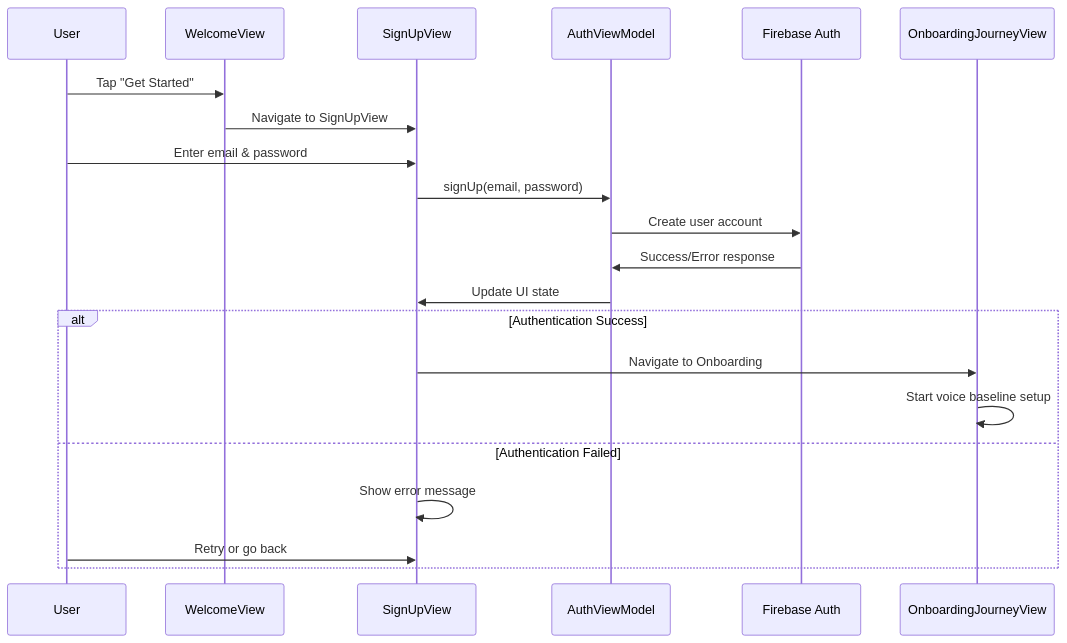
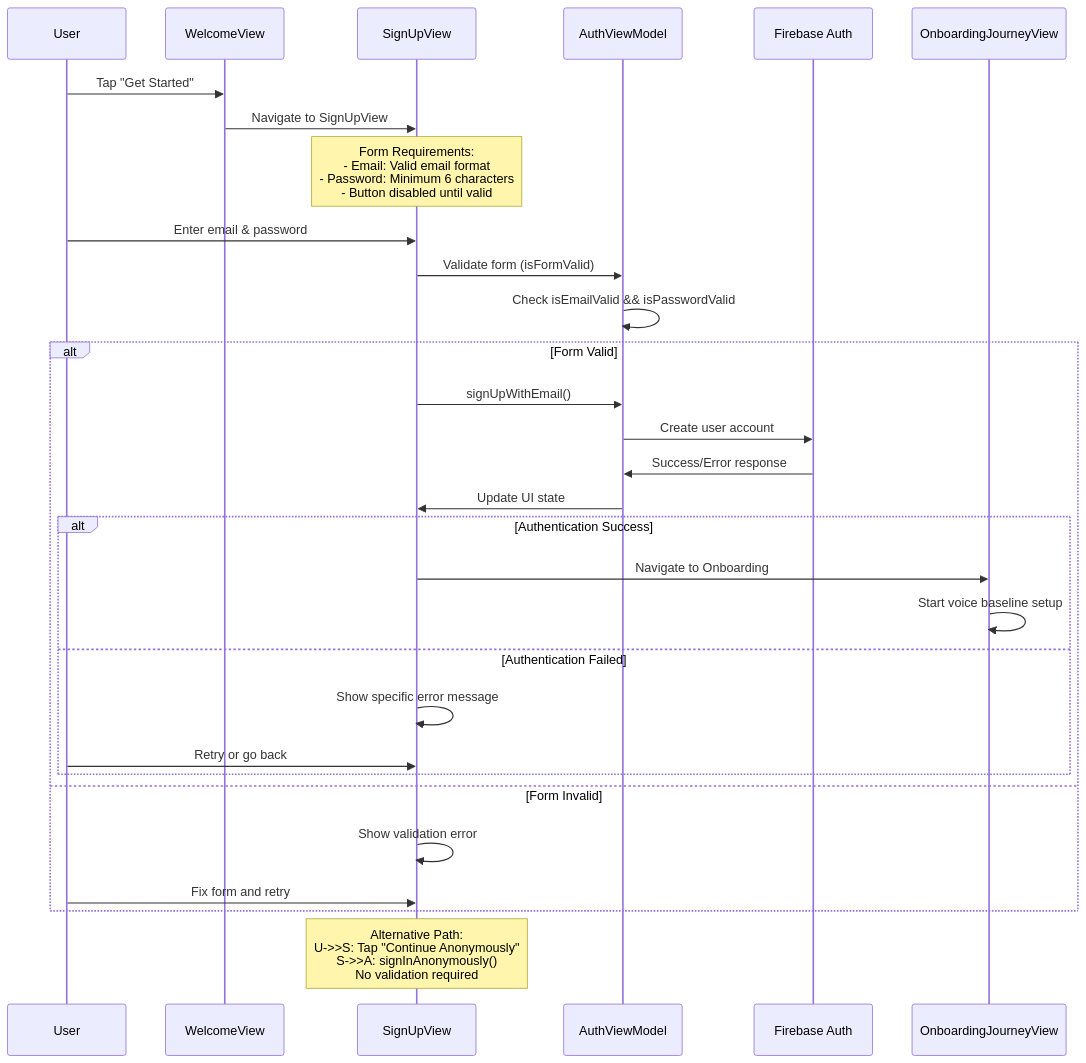
One commit to PoisonIvory/sage changed the third of 18 diagrams in USER_JOURNEY.md. Above: the diagram before and after it, drawn with Mermaid. The commit also changed other lines of this file, not shown here.

Commit message:
Add detailed user journey requirements and validation flows

````diff
--- a/USER_JOURNEY.md
+++ b/USER_JOURNEY.md
@@ -47,25 +98,38 @@
 ```mermaid
 sequenceDiagram
     participant U as User
     participant W as WelcomeView
     participant S as SignUpView
     participant A as AuthViewModel
     participant F as Firebase Auth
     participant O as OnboardingJourneyView
     
     U->>W: Tap "Get Started"
     W->>S: Navigate to SignUpView
+    
+    Note over S: Form Requirements:<br/>- Email: Valid email format<br/>- Password: Minimum 6 characters<br/>- Button disabled until valid
+    
     U->>S: Enter email & password
-    S->>A: signUp(email, password)
-    A->>F: Create user account
-    F->>A: Success/Error response
-    A->>S: Update UI state
+    S->>A: Validate form (isFormValid)
+    A->>A: Check isEmailValid && isPasswordValid
     
-    alt Authentication Success
-        S->>O: Navigate to Onboarding
-        O->>O: Start voice baseline setup
-    else Authentication Failed
-        S->>S: Show error message
-        U->>S: Retry or go back
+    alt Form Valid
+        S->>A: signUpWithEmail()
+        A->>F: Create user account
+        F->>A: Success/Error response
+        A->>S: Update UI state
+        
+        alt Authentication Success
+            S->>O: Navigate to Onboarding
+            O->>O: Start voice baseline setup
+        else Authentication Failed
+            S->>S: Show specific error message
+            U->>S: Retry or go back
+        end
+    else Form Invalid
+        S->>S: Show validation error
+        U->>S: Fix form and retry
     end
+    
+    Note over S: Alternative Path:<br/>U->>S: Tap "Continue Anonymously"<br/>S->>A: signInAnonymously()<br/>No validation required
 ```
````
